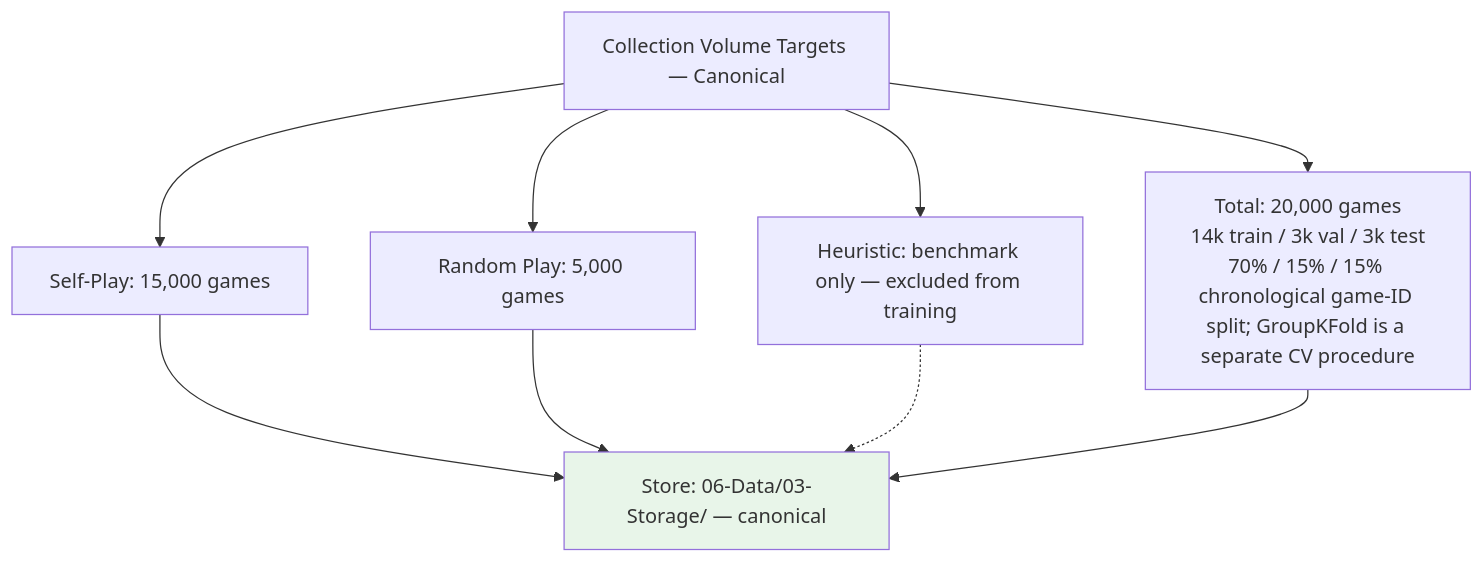
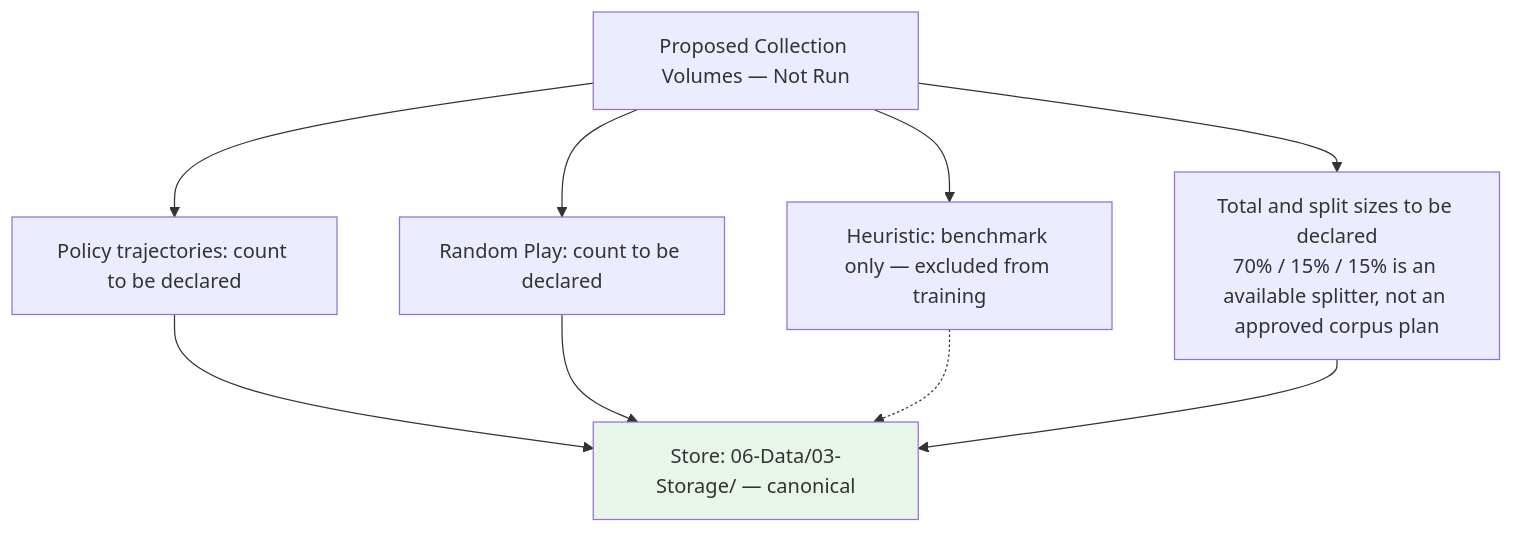
The diagram in plans/06-Data/01-Collection/01-data-collection-strategy.md (Evintkoo/2048-ml), drawn with Mermaid before and after one commit. The commit also changed other lines of this file and 67 other files, not shown here.

````diff
--- a/plans/06-Data/01-Collection/01-data-collection-strategy.md
+++ b/plans/06-Data/01-Collection/01-data-collection-strategy.md
@@ -36,13 +36,13 @@
 ```mermaid
 flowchart TB
-    Volume[Collection Volume Targets — Canonical]
-    Volume --> V1[Self-Play: 15,000 games]
-    Volume --> V2[Random Play: 5,000 games]
+    Volume[Proposed Collection Volumes — Not Run]
+    Volume --> V1[Policy trajectories: count to be declared]
+    Volume --> V2[Random Play: count to be declared]
     Volume --> V3[Heuristic: benchmark only — excluded from training]
-    Volume --> V4[Total: 20,000 games<br/>14k train / 3k val / 3k test<br/>70% / 15% / 15% chronological game-ID split; GroupKFold is a separate CV procedure]
+    Volume --> V4[Total and split sizes to be declared<br/>70% / 15% / 15% is an available splitter, not an approved corpus plan]
     V1 --> Storage[Store: 06-Data/03-Storage/ — canonical]
     V2 --> Storage
     V3 -.-> Storage
     V4 --> Storage
     style Storage fill:#e8f5e9
 ```
````
